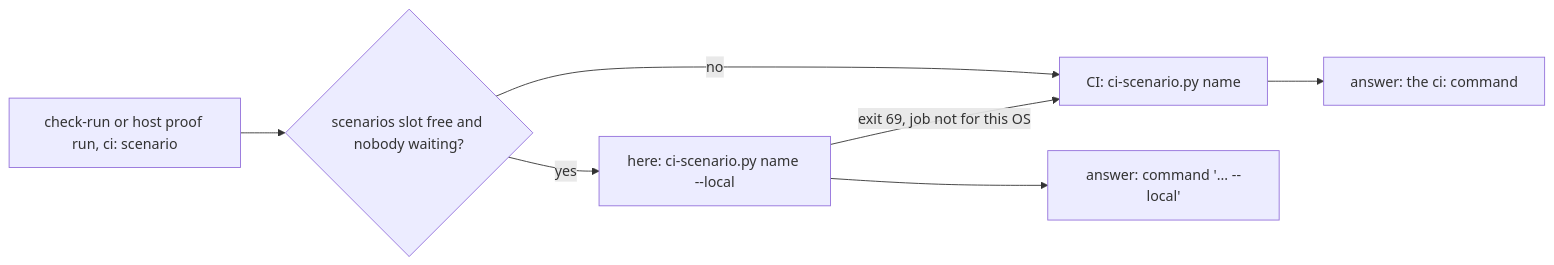
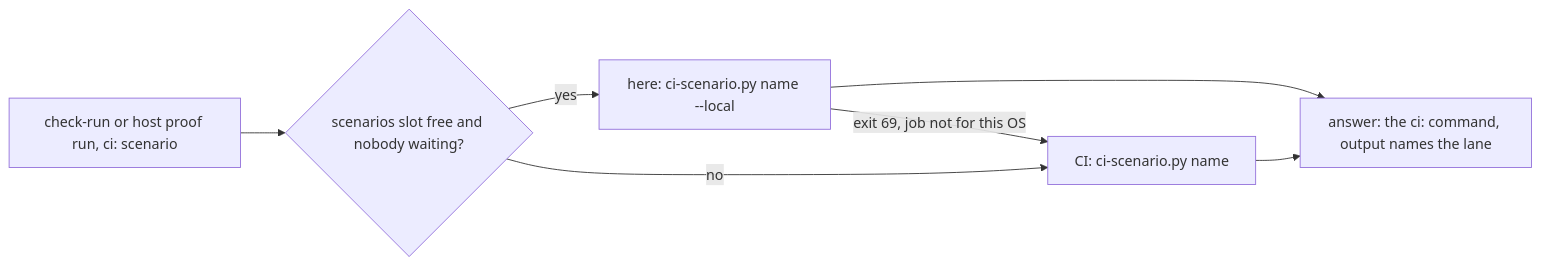
One commit to vlwkaos/wsx changed the diagram in docs/design/verification-lanes.md. Above: the diagram before and after it, drawn with Mermaid. The commit also changed other lines of this file and 4 other files, not shown here.

````diff
--- a/docs/design/verification-lanes.md
+++ b/docs/design/verification-lanes.md
@@ -27,9 +27,9 @@
 ```mermaid
 flowchart LR
   R[check-run or host proof run, ci: scenario] --> F{scenarios slot free and nobody waiting?}
   F -- yes --> L["here: ci-scenario.py name --local"]
   L -- exit 69, job not for this OS --> C[CI: ci-scenario.py name]
   F -- no --> C
-  L --> A[answer: command '... --local']
-  C --> A2[answer: the ci: command]
+  L --> A[answer: the ci: command, output names the lane]
+  C --> A
 ```
````
